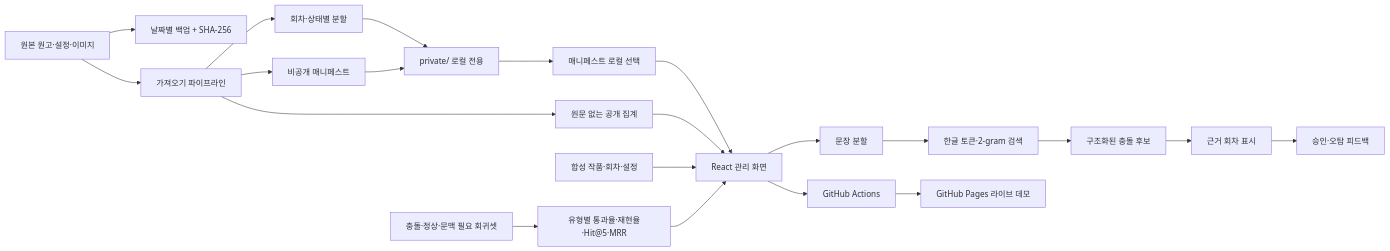
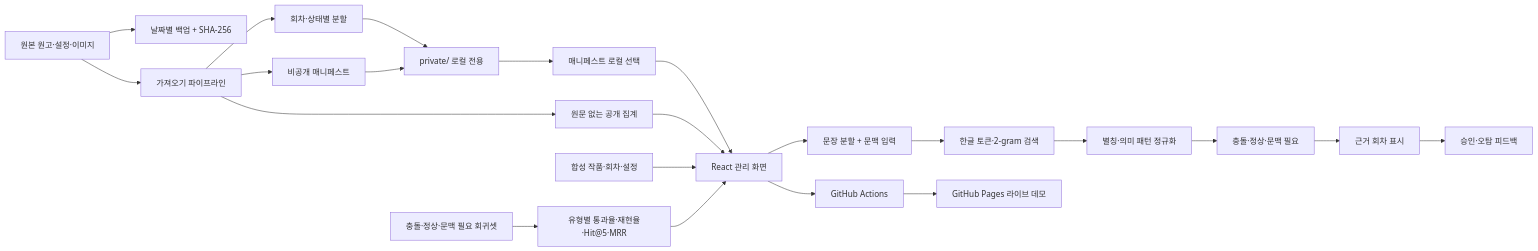
One commit to internalforces/StoryOps changed the diagram in docs/ARCHITECTURE.md. Above: the diagram before and after it, drawn with Mermaid. The commit also changed other lines of this file and 27 other files, not shown here.

````diff
--- a/docs/ARCHITECTURE.md
+++ b/docs/ARCHITECTURE.md
@@ -5,23 +5,24 @@
 ```mermaid
 flowchart LR
     A[원본 원고·설정·이미지] --> B[날짜별 백업 + SHA-256]
     A --> C[가져오기 파이프라인]
     C --> D[회차·상태별 분할]
     C --> E[비공개 매니페스트]
     D --> F[private/ 로컬 전용]
     E --> F
     F --> S[매니페스트 로컬 선택]
     S --> H
     C --> G[원문 없는 공개 집계]
     G --> H[React 관리 화면]
     I[합성 작품·회차·설정] --> H
-    H --> J[문장 분할]
+    H --> J[문장 분할 + 문맥 입력]
     J --> K[한글 토큰·2-gram 검색]
-    K --> L[구조화된 충돌 후보]
-    L --> M[근거 회차 표시]
+    K --> L[별칭·의미 패턴 정규화]
+    L --> T[충돌·정상·문맥 필요]
+    T --> M[근거 회차 표시]
     M --> N[승인·오탐 피드백]
     O[충돌·정상·문맥 필요 회귀셋] --> P[유형별 통과율·재현율·Hit@5·MRR]
     P --> H
     H --> Q[GitHub Actions]
     Q --> R[GitHub Pages 라이브 데모]
 ```
````
